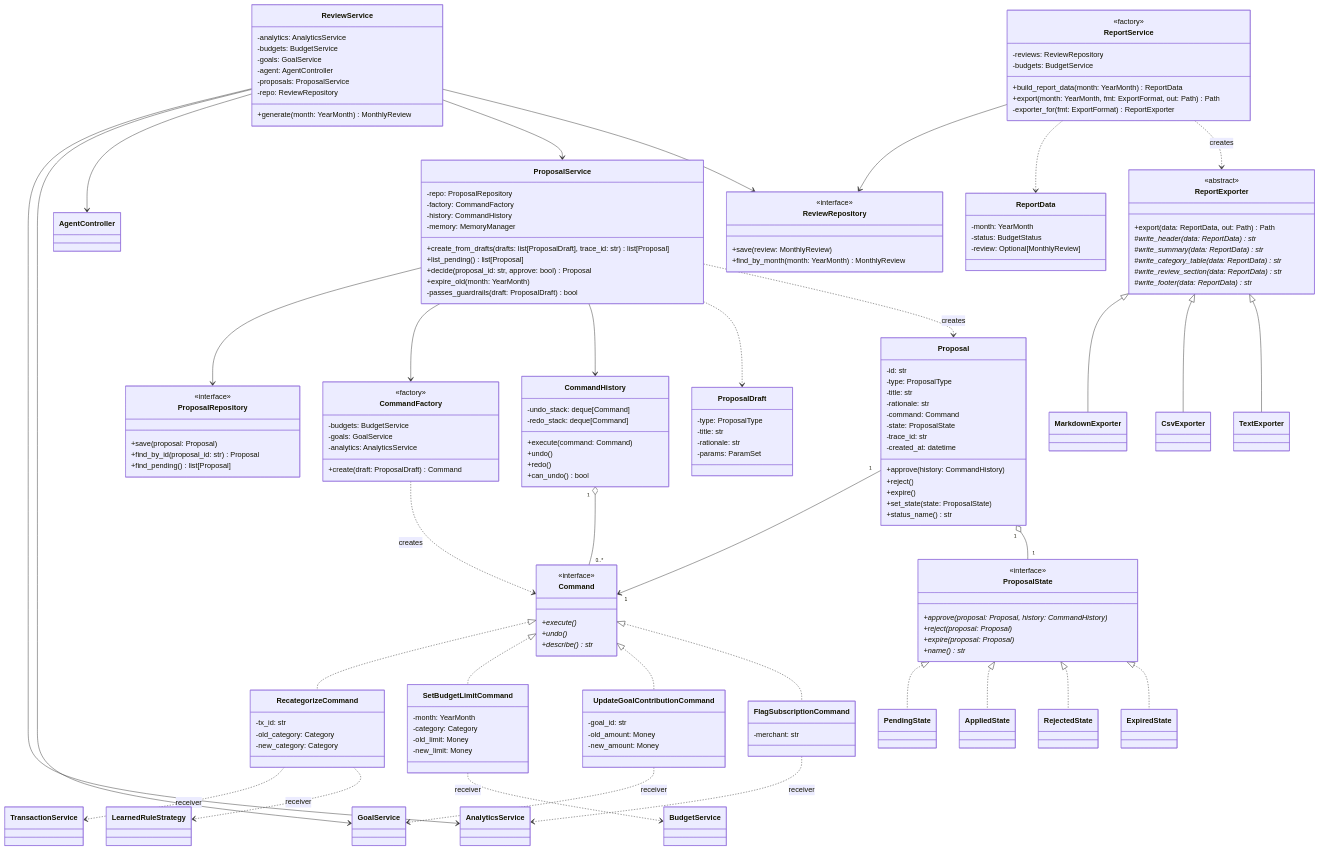
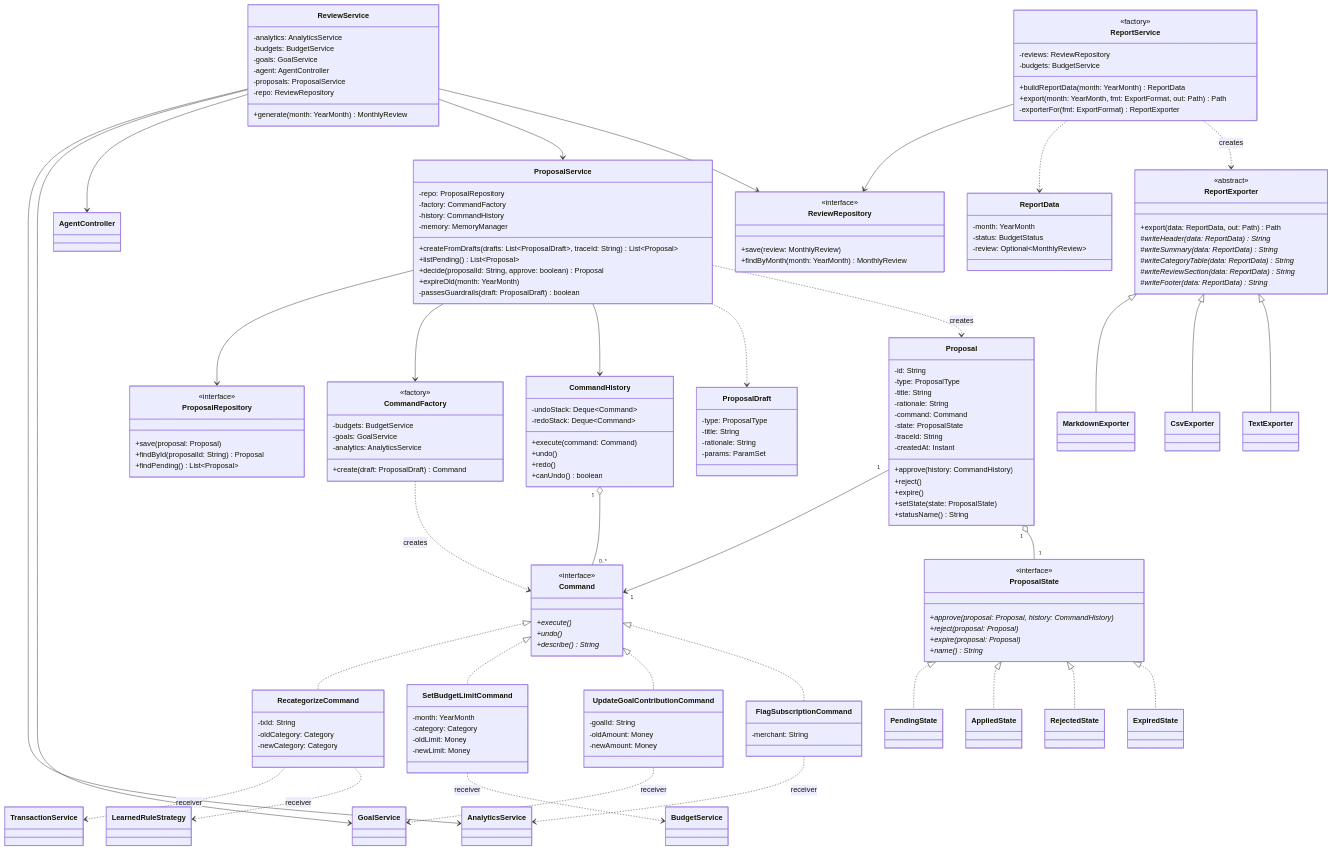
The seventh of 20 diagrams in docs/WealthSei_Stage1_Report.md (Rishit-Shah/EECS-3311-Project---WealthSei), drawn with Mermaid before and after one commit. The commit also changed other lines of this file, not shown here.

```diff
--- a/docs/WealthSei_Stage1_Report.md
+++ b/docs/WealthSei_Stage1_Report.md
@@ -996,39 +1017,39 @@
         -factory: CommandFactory
         -history: CommandHistory
         -memory: MemoryManager
-        +create_from_drafts(drafts: list[ProposalDraft], trace_id: str) list[Proposal]
-        +list_pending() list[Proposal]
-        +decide(proposal_id: str, approve: bool) Proposal
-        +expire_old(month: YearMonth)
-        -passes_guardrails(draft: ProposalDraft) bool
+        +createFromDrafts(drafts: List~ProposalDraft~, traceId: String) List~Proposal~
+        +listPending() List~Proposal~
+        +decide(proposalId: String, approve: boolean) Proposal
+        +expireOld(month: YearMonth)
+        -passesGuardrails(draft: ProposalDraft) boolean
     }
     class ProposalDraft {
         -type: ProposalType
-        -title: str
-        -rationale: str
+        -title: String
+        -rationale: String
         -params: ParamSet
     }
     class Proposal {
-        -id: str
+        -id: String
         -type: ProposalType
-        -title: str
-        -rationale: str
+        -title: String
+        -rationale: String
         -command: Command
         -state: ProposalState
-        -trace_id: str
-        -created_at: datetime
+        -traceId: String
+        -createdAt: Instant
         +approve(history: CommandHistory)
         +reject()
         +expire()
-        +set_state(state: ProposalState)
-        +status_name() str
+        +setState(state: ProposalState)
+        +statusName() String
     }
     class ProposalState {
         <<interface>>
         +approve(proposal: Proposal, history: CommandHistory)*
         +reject(proposal: Proposal)*
         +expire(proposal: Proposal)*
-        +name() str*
+        +name() String*
     }
     class PendingState
     class AppliedState
@@ -1037,8 +1058,8 @@
     class ProposalRepository {
         <<interface>>
         +save(proposal: Proposal)
-        +find_by_id(proposal_id: str) Proposal
-        +find_pending() list[Proposal]
+        +findById(proposalId: String) Proposal
+        +findPending() List~Proposal~
     }
     class CommandFactory {
         <<factory>>
@@ -1051,34 +1072,34 @@
         <<interface>>
         +execute()*
         +undo()*
-        +describe() str*
+        +describe() String*
     }
     class CommandHistory {
-        -undo_stack: deque[Command]
-        -redo_stack: deque[Command]
+        -undoStack: Deque~Command~
+        -redoStack: Deque~Command~
         +execute(command: Command)
         +undo()
         +redo()
-        +can_undo() bool
+        +canUndo() boolean
     }
     class RecategorizeCommand {
-        -tx_id: str
-        -old_category: Category
-        -new_category: Category
+        -txId: String
+        -oldCategory: Category
+        -newCategory: Category
     }
     class SetBudgetLimitCommand {
         -month: YearMonth
         -category: Category
-        -old_limit: Money
-        -new_limit: Money
+        -oldLimit: Money
+        -newLimit: Money
     }
     class UpdateGoalContributionCommand {
-        -goal_id: str
-        -old_amount: Money
-        -new_amount: Money
+        -goalId: String
+        -oldAmount: Money
+        -newAmount: Money
     }
     class FlagSubscriptionCommand {
-        -merchant: str
+        -merchant: String
     }
     class ReviewService {
         -analytics: AnalyticsService
@@ -1092,29 +1113,29 @@
     class ReviewRepository {
         <<interface>>
         +save(review: MonthlyReview)
-        +find_by_month(month: YearMonth) MonthlyReview
+        +findByMonth(month: YearMonth) MonthlyReview
     }
     class ReportService {
         <<factory>>
         -reviews: ReviewRepository
         -budgets: BudgetService
-        +build_report_data(month: YearMonth) ReportData
+        +buildReportData(month: YearMonth) ReportData
         +export(month: YearMonth, fmt: ExportFormat, out: Path) Path
-        -exporter_for(fmt: ExportFormat) ReportExporter
+        -exporterFor(fmt: ExportFormat) ReportExporter
     }
     class ReportData {
         -month: YearMonth
         -status: BudgetStatus
-        -review: Optional[MonthlyReview]
+        -review: Optional~MonthlyReview~
     }
     class ReportExporter {
         <<abstract>>
         +export(data: ReportData, out: Path) Path
-        #write_header(data: ReportData)* str
-        #write_summary(data: ReportData)* str
-        #write_category_table(data: ReportData)* str
-        #write_review_section(data: ReportData)* str
-        #write_footer(data: ReportData)* str
+        #writeHeader(data: ReportData)* String
+        #writeSummary(data: ReportData)* String
+        #writeCategoryTable(data: ReportData)* String
+        #writeReviewSection(data: ReportData)* String
+        #writeFooter(data: ReportData)* String
     }
     class MarkdownExporter
     class CsvExporter
```
